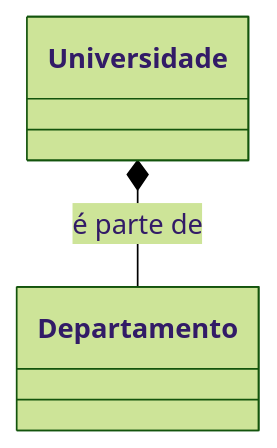
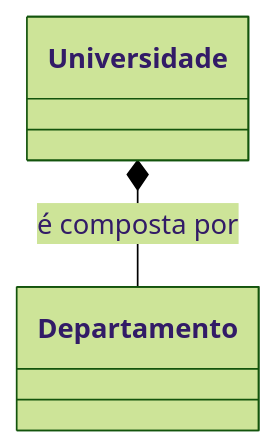
The seventh of 10 diagrams in 01_java/11.md (conteudoGeneration/cookbook_java_fullstack), drawn with Mermaid (forest theme) before and after one commit. The commit also changed other lines of this file and 44 other files, not shown here.

````diff
--- a/01_java/11.md
+++ b/01_java/11.md
@@ -118,4 +119,4 @@
 ```mermaid
 classDiagram
-Universidade *-- Departamento : é parte de
+Universidade *-- Departamento : é composta por
 ```
````
